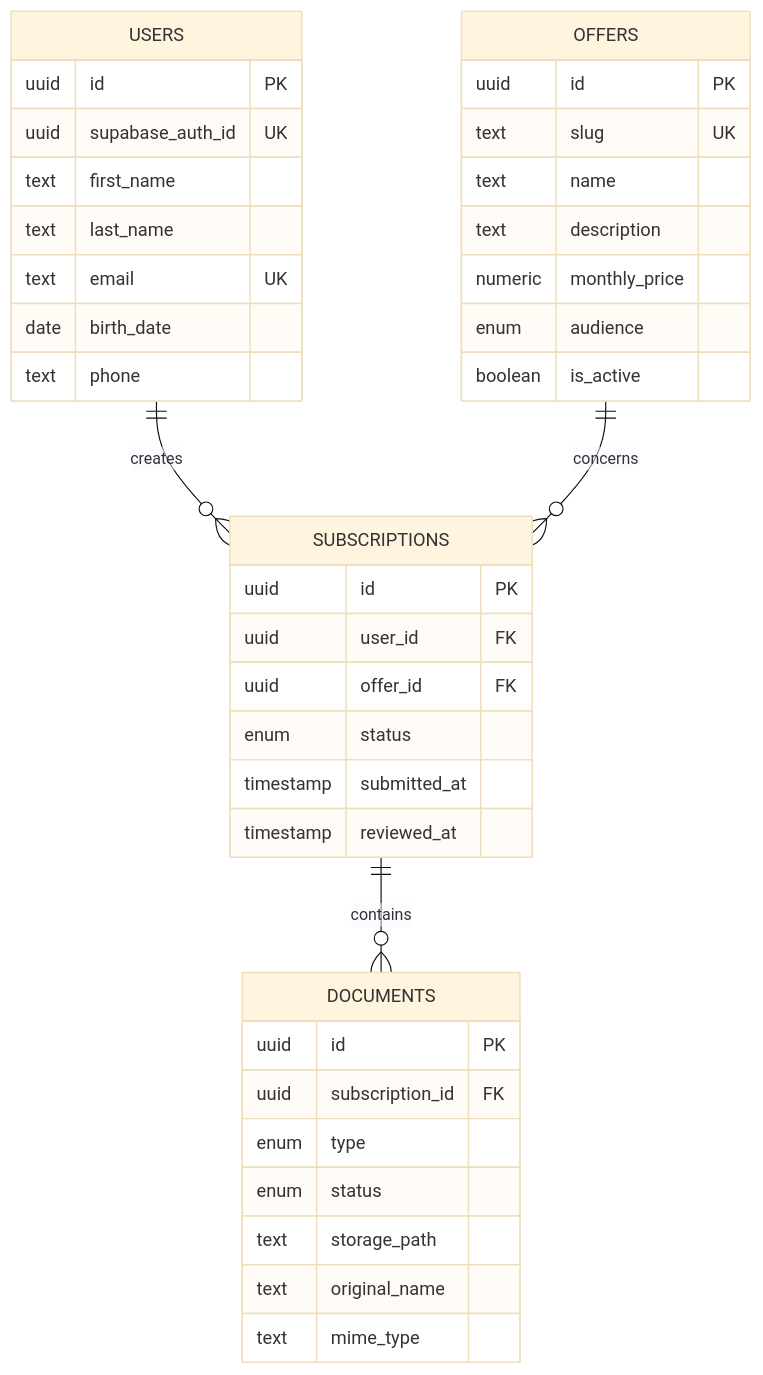
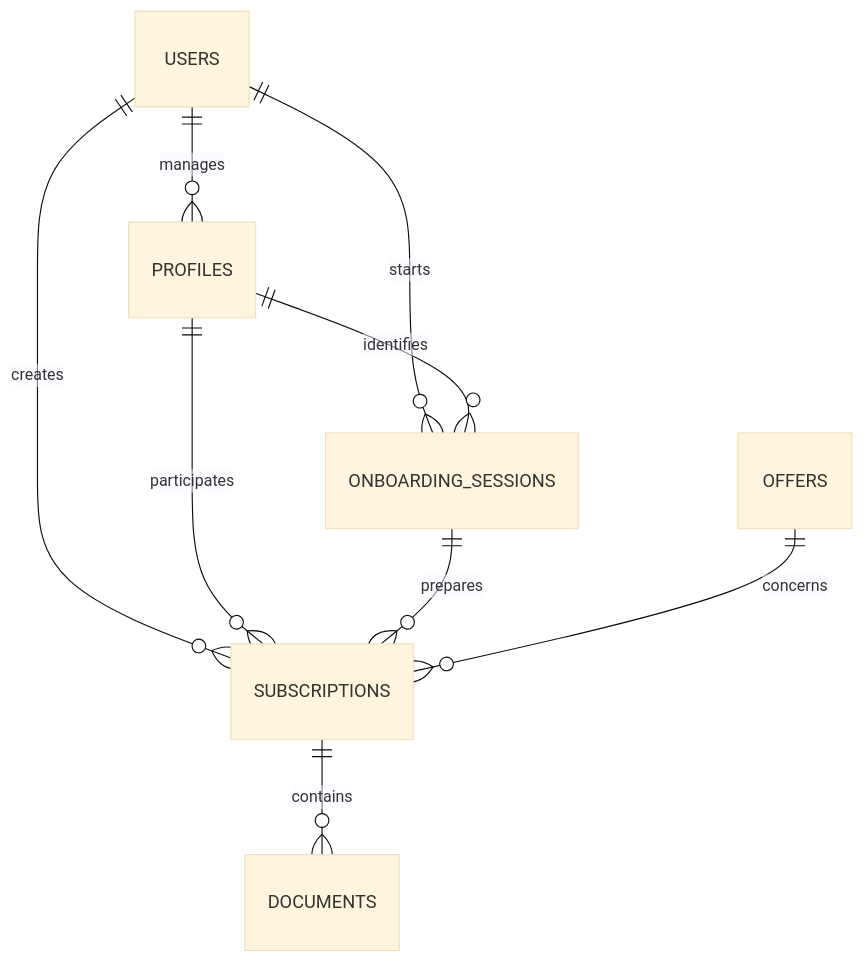
The diagram in docs/database-model.md (marouane-AITOUALI/hackathon-comutitres-esgi), drawn with Mermaid (base theme) before and after one commit. The commit also changed other lines of this file and 67 other files, not shown here.

Commit message:
feat: add auth onboarding and recommendation flow

````diff
--- a/docs/database-model.md
+++ b/docs/database-model.md
@@ -3,45 +3,11 @@
 ```mermaid
 erDiagram
+    USERS ||--o{ PROFILES : manages
+    USERS ||--o{ ONBOARDING_SESSIONS : starts
     USERS ||--o{ SUBSCRIPTIONS : creates
+    PROFILES ||--o{ ONBOARDING_SESSIONS : identifies
+    PROFILES ||--o{ SUBSCRIPTIONS : participates
+    ONBOARDING_SESSIONS ||--o{ SUBSCRIPTIONS : prepares
     OFFERS ||--o{ SUBSCRIPTIONS : concerns
     SUBSCRIPTIONS ||--o{ DOCUMENTS : contains
-
-    USERS {
-        uuid id PK
-        uuid supabase_auth_id UK
-        text first_name
-        text last_name
-        text email UK
-        date birth_date
-        text phone
-    }
-
-    OFFERS {
-        uuid id PK
-        text slug UK
-        text name
-        text description
-        numeric monthly_price
-        enum audience
-        boolean is_active
-    }
-
-    SUBSCRIPTIONS {
-        uuid id PK
-        uuid user_id FK
-        uuid offer_id FK
-        enum status
-        timestamp submitted_at
-        timestamp reviewed_at
-    }
-
-    DOCUMENTS {
-        uuid id PK
-        uuid subscription_id FK
-        enum type
-        enum status
-        text storage_path
-        text original_name
-        text mime_type
-    }
 ```
````
